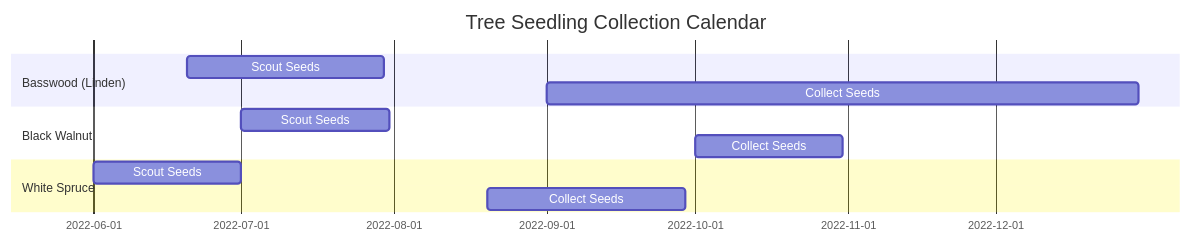
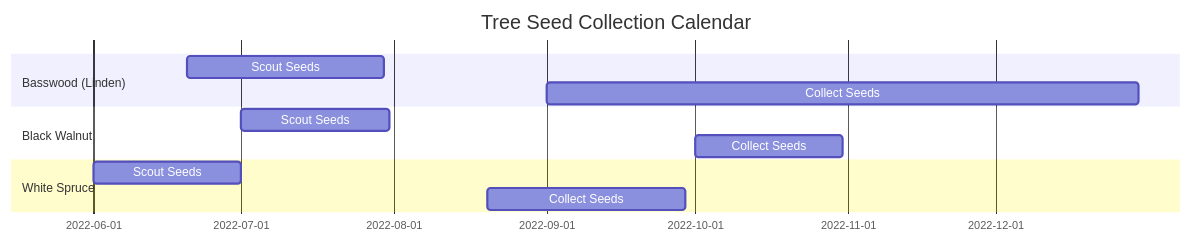
One commit to jknutson/jknutson.github.io changed the diagram in trees.md. Above: the diagram before and after it, drawn with Mermaid. The commit also changed other lines of this file, not shown here.

````diff
--- a/trees.md
+++ b/trees.md
@@ -14,18 +14,18 @@
 ```mermaid
 gantt
     dateFormat  YYYY-MM-DD
-    title       Tree Seedling Collection Calendar
+    title       Tree Seed Collection Calendar
 
     section Basswood (Linden)
     Scout Seeds         :ldn1, 2022-06-20, 40d
     Collect Seeds       :ldn2, 2022-09-01, 120d
 
     section Black Walnut
     Scout Seeds         :bw1, 2022-07-01, 30d
     Collect Seeds       :bw2, 2022-10-01, 30d
 
     section White Spruce
     Scout Seeds         :ws1, 2022-06-01, 30d
     Collect Seeds       :ws2, 2022-08-20, 40d
 
 ```
````
